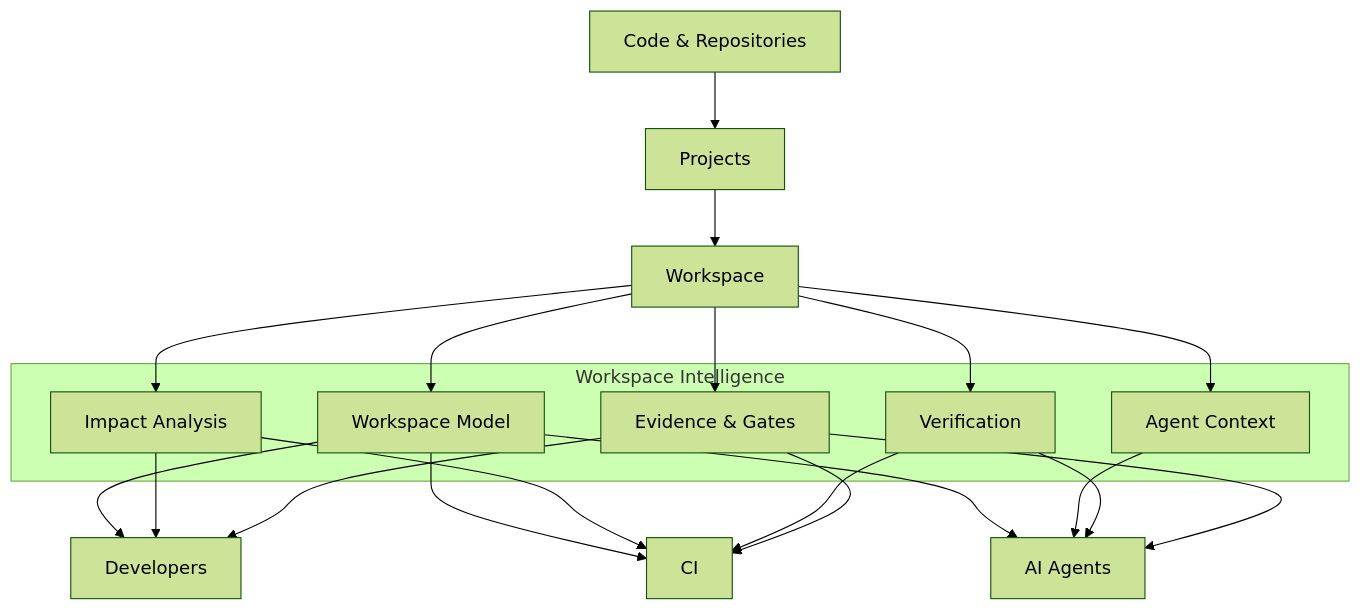
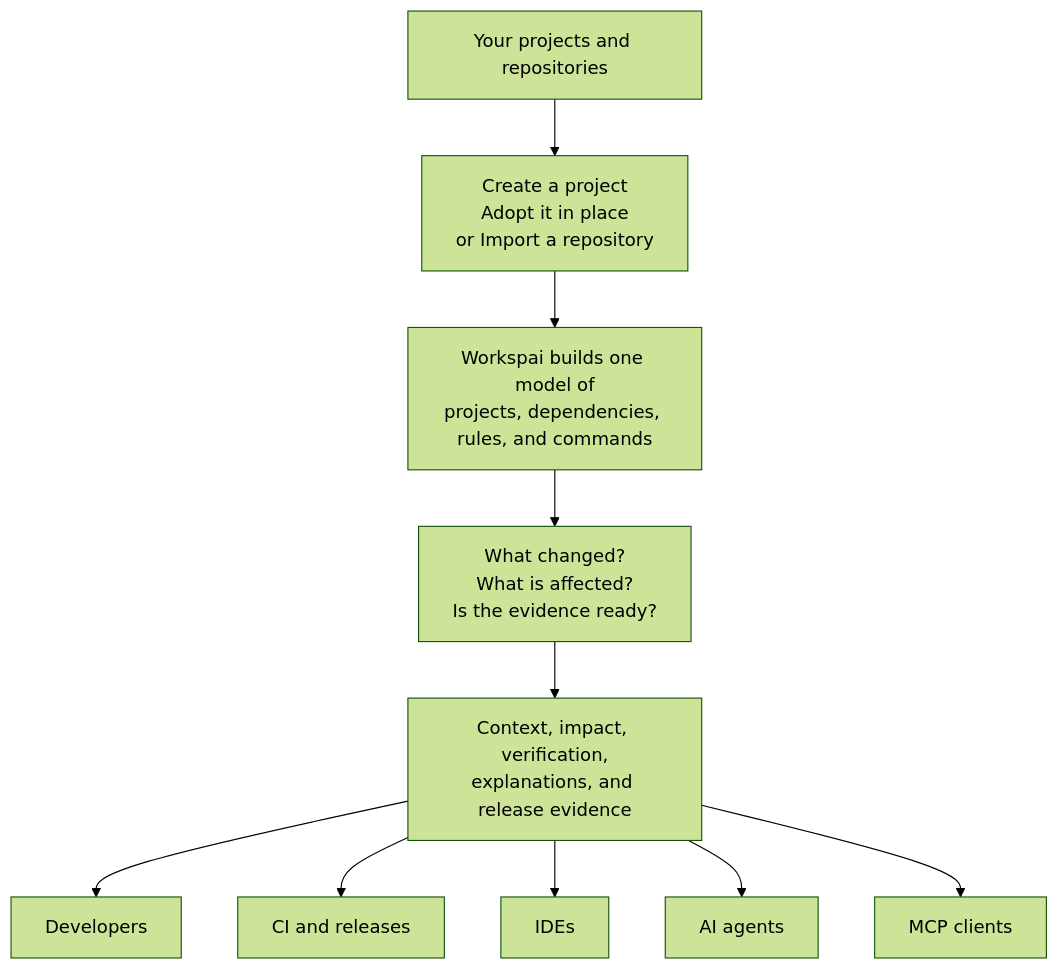
One commit to rapidkitlabs/workspai changed the diagram in packages/cli/docs/from-code-to-shared-understanding.md. Above: the diagram before and after it, drawn with Mermaid (forest theme). The commit also changed other lines of this file and 158 other files, not shown here.

Commit message:
chore(release): publish workspai v0.46.0

````diff
--- a/packages/cli/docs/from-code-to-shared-understanding.md
+++ b/packages/cli/docs/from-code-to-shared-understanding.md
@@ -7,39 +6,23 @@
 ```mermaid
 flowchart TB
+    Code["Your projects and repositories"]
 
-    Code["Code & Repositories"]
-    Projects["Projects"]
-    Workspace["Workspace"]
+    Routes["Create a project<br/>Adopt it in place<br/>or Import a repository"]
 
-    Code --> Projects
-    Projects --> Workspace
+    Workspace["Workspai builds one model of<br/>projects, dependencies, rules, and commands"]
 
-    subgraph Intelligence["Workspace Intelligence"]
-        Model["Workspace Model"]
-        Context["Agent Context"]
-        Impact["Impact Analysis"]
-        Verify["Verification"]
-        Evidence["Evidence & Gates"]
-    end
+    Change["What changed?<br/>What is affected?<br/>Is the evidence ready?"]
 
-    Workspace --> Model
-    Workspace --> Context
-    Workspace --> Impact
-    Workspace --> Verify
-    Workspace --> Evidence
+    Outputs["Context, impact, verification,<br/>explanations, and release evidence"]
 
-    Model --> Dev["Developers"]
-    Model --> CI["CI"]
-    Model --> Agents["AI Agents"]
+    Code --> Routes
+    Routes --> Workspace
+    Workspace --> Change
+    Change --> Outputs
 
-    Context --> Agents
-
-    Impact --> Dev
-    Impact --> CI
-
-    Verify --> CI
-    Verify --> Agents
-    Evidence --> Dev
-    Evidence --> CI
-    Evidence --> Agents
+    Outputs --> Developers["Developers"]
+    Outputs --> CI["CI and releases"]
+    Outputs --> IDEs["IDEs"]
+    Outputs --> Agents["AI agents"]
+    Outputs --> MCP["MCP clients"]
 ```
````
